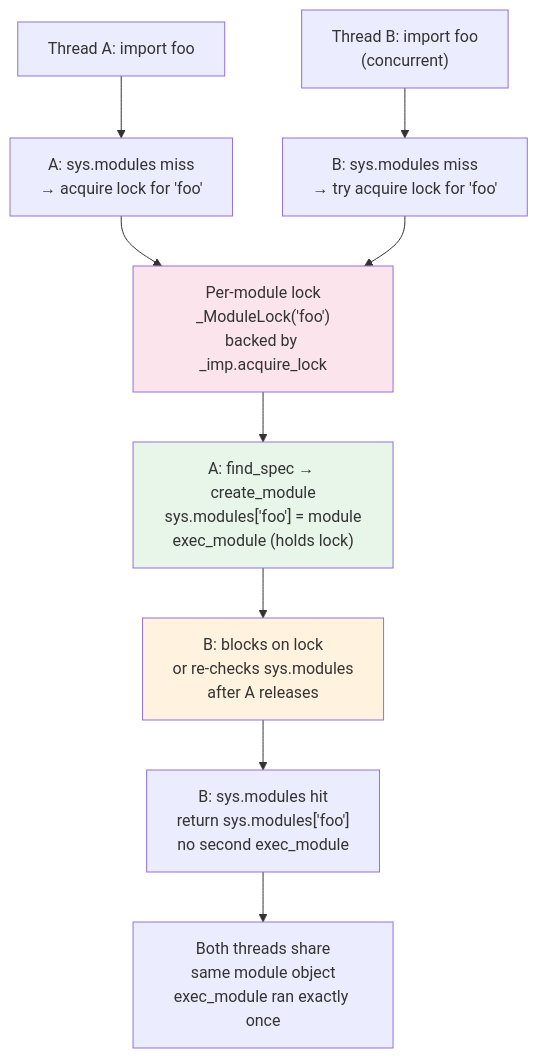
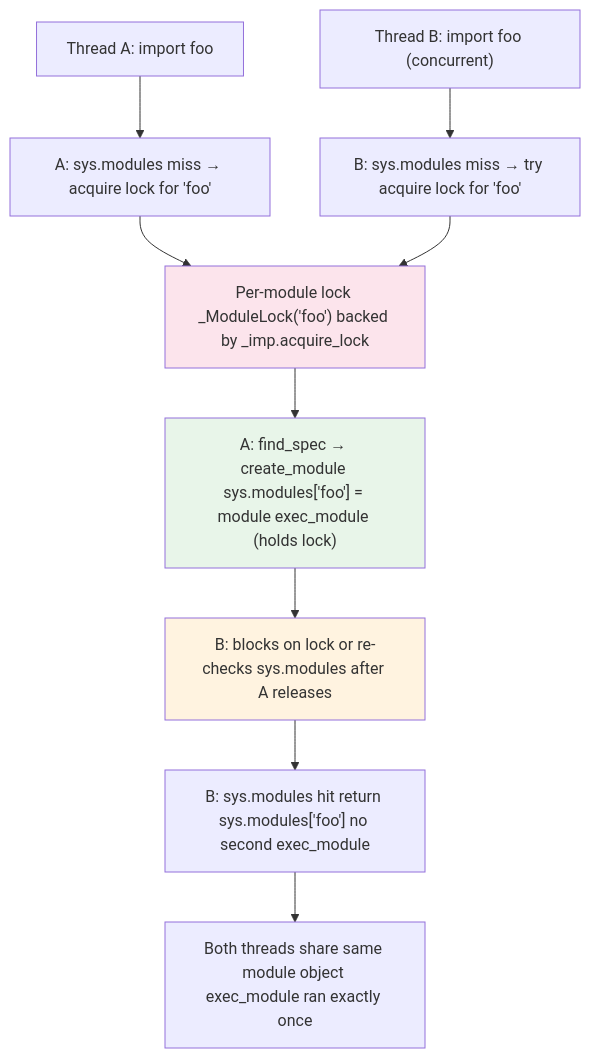
Before and after one commit to bumbsclaw/textbooks: the fourth of 6 diagrams in vol-16-python-cpython-internals/ch09-import-system.md, drawn with Mermaid. The commit also changed other lines of this file and 9 other files, not shown here.

First line of the commit message:
fix(pdf, mermaid): syntax-highlighted code blocks + diagram label fixes

````diff
--- a/vol-16-python-cpython-internals/ch09-import-system.md
+++ b/vol-16-python-cpython-internals/ch09-import-system.md
@@ -613,20 +613,20 @@
 ```mermaid
 flowchart TB
     T1["Thread A: import foo"]
-    T2["Thread B: import foo<br/>(concurrent)"]
-    LOCK["Per-module lock<br/>_ModuleLock('foo')<br/>backed by _imp.acquire_lock"]
-    CHECK1["A: sys.modules miss<br/>→ acquire lock for 'foo'"]
-    CHECK2["B: sys.modules miss<br/>→ try acquire lock for 'foo'"]
-    EXEC_A["A: find_spec → create_module<br/>sys.modules['foo'] = module<br/>exec_module (holds lock)"]
-    WAIT_B["B: blocks on lock<br/>or re-checks sys.modules<br/>after A releases"]
-    HIT_B["B: sys.modules hit<br/>return sys.modules['foo']<br/>no second exec_module"]
-    DONE["Both threads share<br/>same module object<br/>exec_module ran exactly once"]
+    T2["Thread B: import foo (concurrent)"]
+    LOCK["Per-module lock _ModuleLock('foo') backed by _imp.acquire_lock"]
+    CHECK1["A: sys.modules miss → acquire lock for 'foo'"]
+    CHECK2["B: sys.modules miss → try acquire lock for 'foo'"]
+    EXEC_A["A: find_spec → create_module sys.modules['foo'] = module exec_module (holds lock)"]
+    WAIT_B["B: blocks on lock or re-checks sys.modules after A releases"]
+    HIT_B["B: sys.modules hit return sys.modules['foo'] no second exec_module"]
+    DONE["Both threads share same module object exec_module ran exactly once"]
 
     T1 --> CHECK1 --> LOCK
     T2 --> CHECK2 --> LOCK
     LOCK --> EXEC_A --> WAIT_B --> HIT_B --> DONE
 
     style LOCK fill:#fce4ec
     style EXEC_A fill:#e8f5e9
     style WAIT_B fill:#fff3e0
 ```
````
